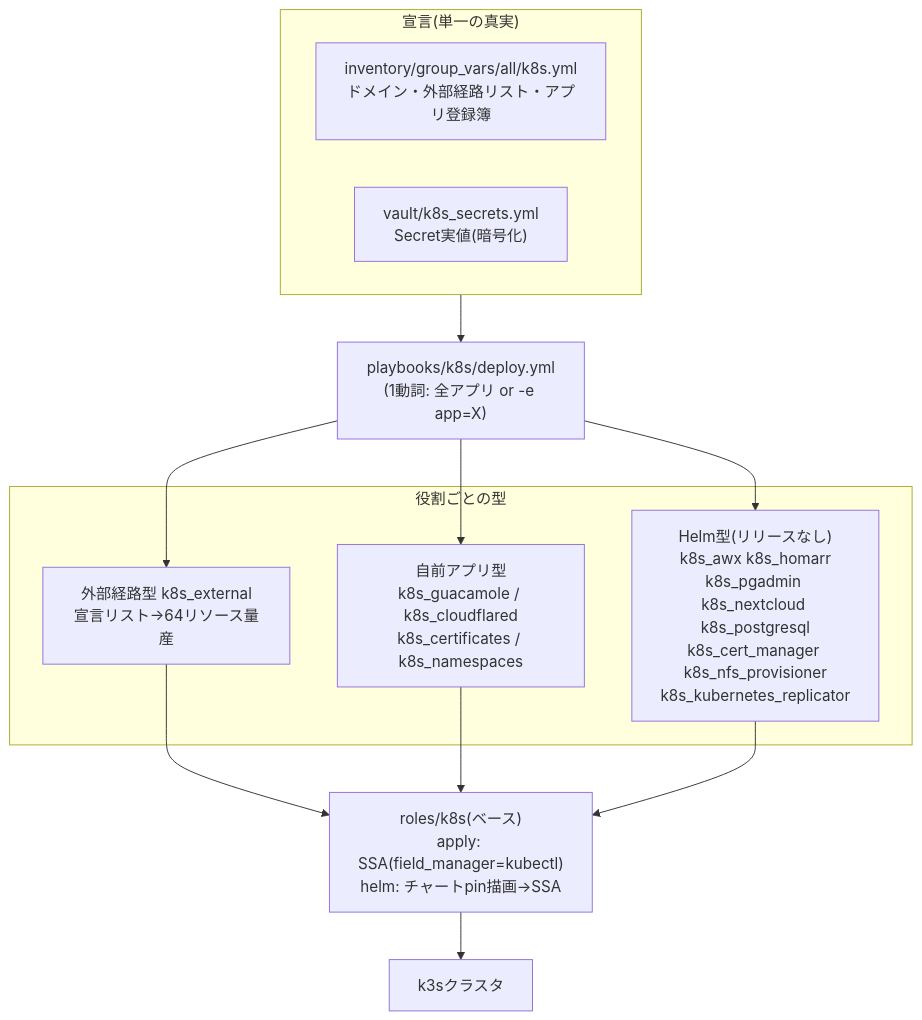
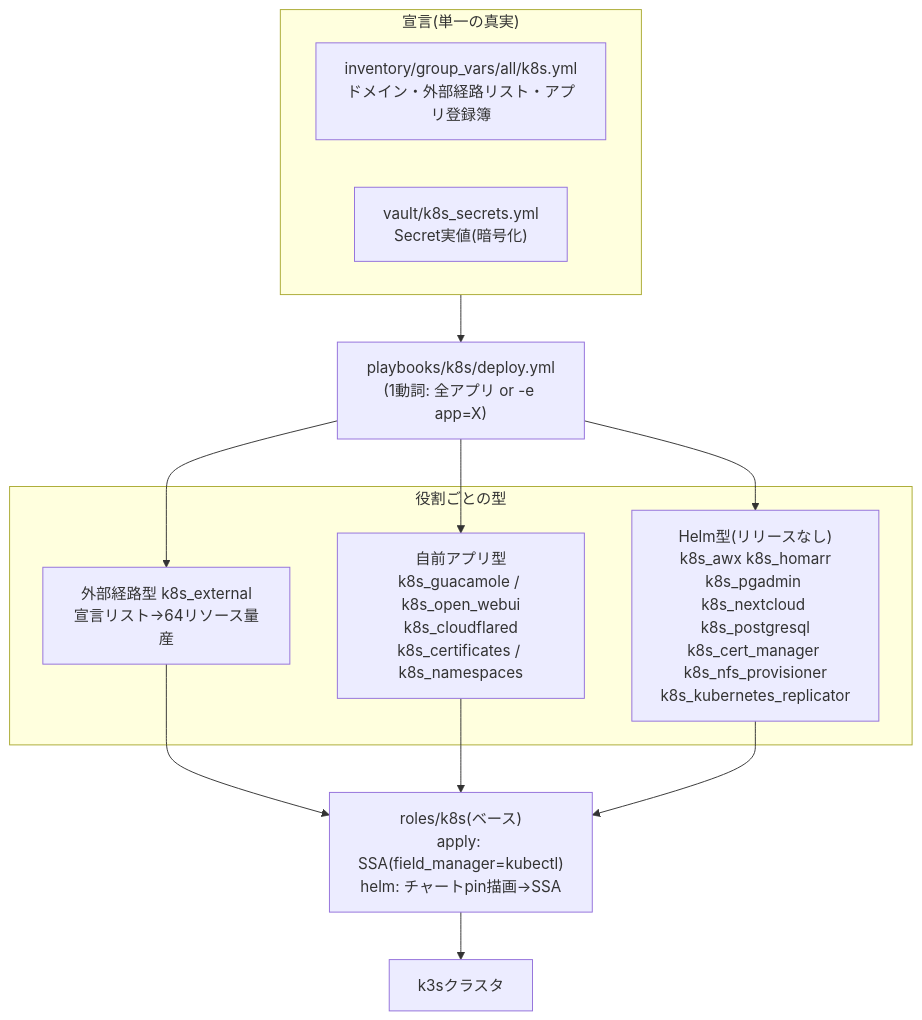
Before and after one commit to CHACCHAN/infrastructure: the first of 2 diagrams in docs/k8s/README.md, drawn with Mermaid. The commit also changed 7 other files, not shown here.

````diff
--- a/docs/k8s/README.md
+++ b/docs/k8s/README.md
@@ -9,15 +9,15 @@
 ```mermaid
 flowchart TB
     subgraph 宣言["宣言(単一の真実)"]
         G["inventory/group_vars/all/k8s.yml<br>ドメイン・外部経路リスト・アプリ登録簿"]
         V["vault/k8s_secrets.yml<br>Secret実値(暗号化)"]
     end
     D["playbooks/k8s/deploy.yml<br>(1動詞: 全アプリ or -e app=X)"]
     subgraph 型["役割ごとの型"]
         E["外部経路型 k8s_external<br>宣言リスト→64リソース量産"]
-        S["自前アプリ型<br>k8s_guacamole / k8s_cloudflared<br>k8s_certificates / k8s_namespaces"]
+        S["自前アプリ型<br>k8s_guacamole / k8s_open_webui<br>k8s_cloudflared<br>k8s_certificates / k8s_namespaces"]
         H["Helm型(リリースなし)<br>k8s_awx k8s_homarr<br>k8s_pgadmin k8s_nextcloud k8s_postgresql<br>k8s_cert_manager k8s_nfs_provisioner<br>k8s_kubernetes_replicator"]
     end
     B["roles/k8s(ベース)<br>apply: SSA(field_manager=kubectl)<br>helm: チャートpin描画→SSA"]
     宣言 --> D --> E & S & H --> B --> C["k3sクラスタ"]
 ```
````
